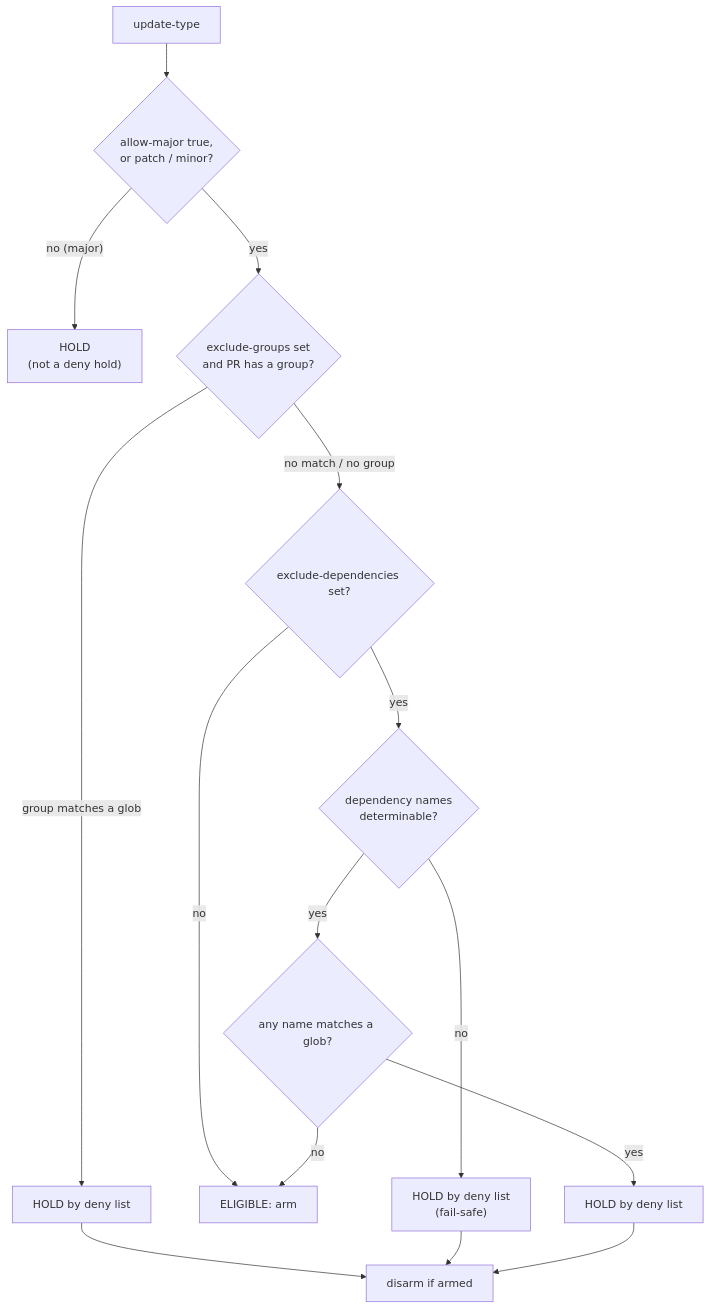
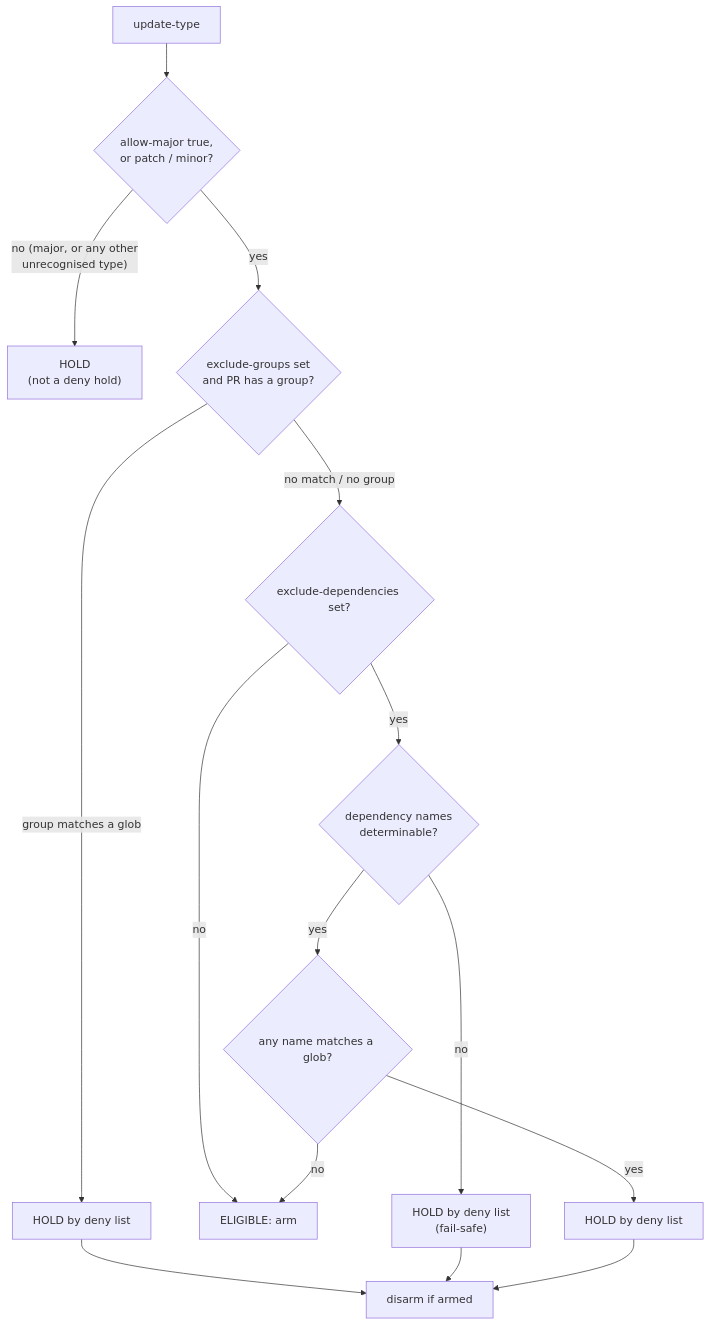
Before and after one commit to agentcontextdistributionprotocol/acdp-ci: the diagram in actions/auto-merge-gate/README.md, drawn with Mermaid. The commit also changed other lines of this file and 4 other files, not shown here.

````diff
--- a/actions/auto-merge-gate/README.md
+++ b/actions/auto-merge-gate/README.md
@@ -13,17 +13,17 @@
 ```mermaid
 flowchart TD
   A["update-type"] --> B{"allow-major true,<br/>or patch / minor?"}
-  B -- "no (major)" --> H1["HOLD<br/>(not a deny hold)"]
+  B -- "no (major, or any other<br/>unrecognised type)" --> H1["HOLD<br/>(not a deny hold)"]
   B -- yes --> C{"exclude-groups set<br/>and PR has a group?"}
   C -- "group matches a glob" --> H2["HOLD by deny list"]
   C -- "no match / no group" --> D{"exclude-dependencies set?"}
   D -- no --> OK["ELIGIBLE: arm"]
   D -- yes --> E{"dependency names<br/>determinable?"}
   E -- "no" --> H3["HOLD by deny list<br/>(fail-safe)"]
   E -- yes --> F{"any name matches a glob?"}
   F -- yes --> H4["HOLD by deny list"]
   F -- no --> OK
   H2 --> X["disarm if armed"]
   H3 --> X
   H4 --> X
 ```
````
